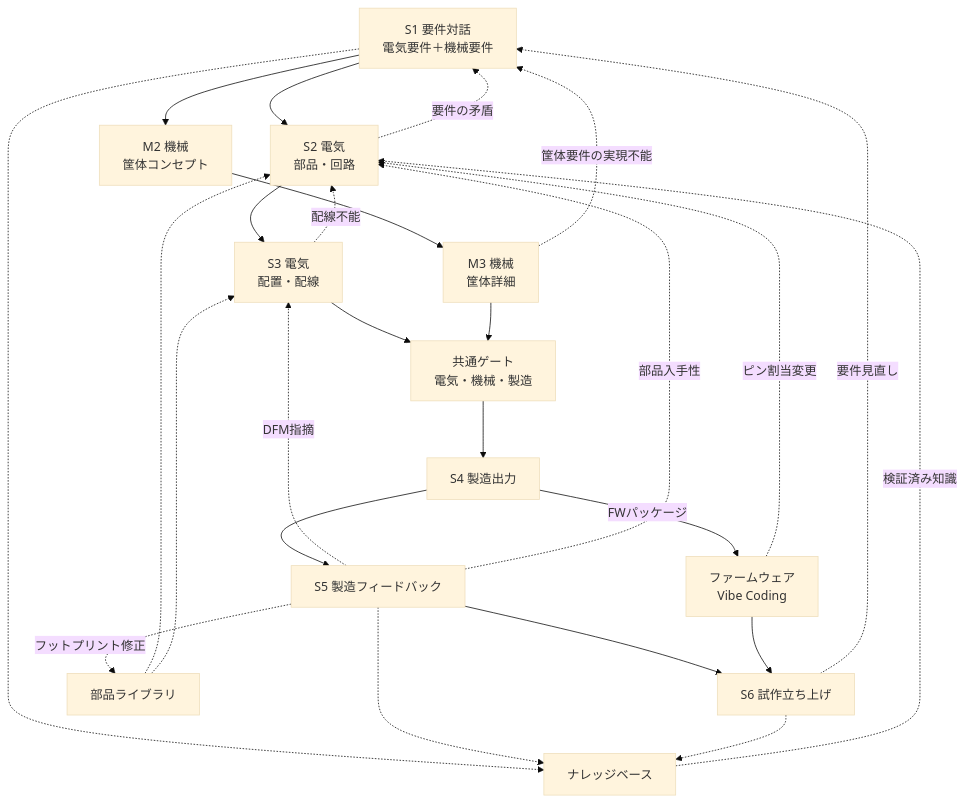
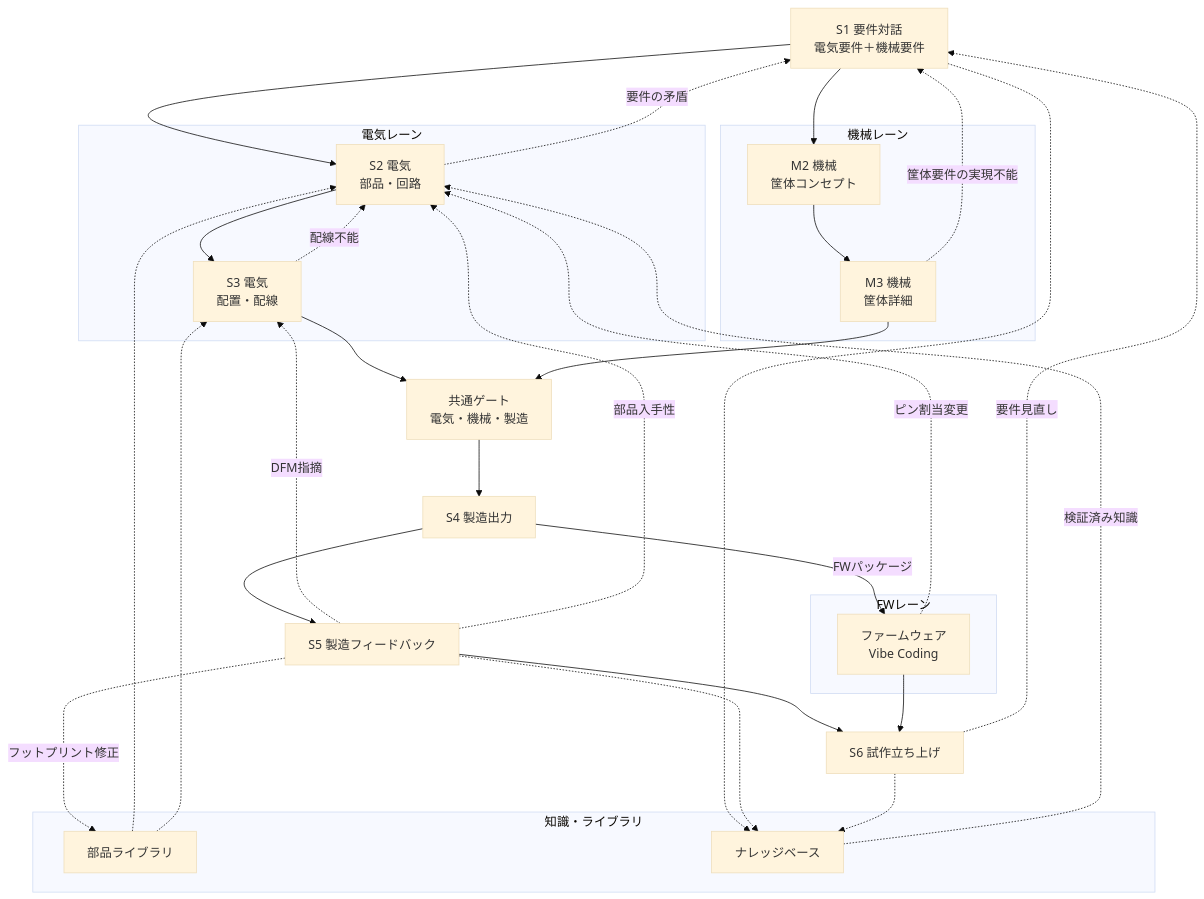
Before and after one commit to uist1idrju3i/acd-agent: the first of 2 diagrams in docs/design-flow.md, drawn with Mermaid (base theme). The commit also changed other lines of this file and 6 other files, not shown here.

````diff
--- a/docs/design-flow.md
+++ b/docs/design-flow.md
@@ -12,28 +12,44 @@
 ```mermaid
 flowchart TB
-    S1["S1 要件対話<br/>電気要件＋機械要件"] --> E2["S2 電気<br/>部品・回路"]
-    S1 --> M2["M2 機械<br/>筐体コンセプト"]
-    E2 --> E3["S3 電気<br/>配置・配線"]
-    M2 --> M3["M3 機械<br/>筐体詳細"]
+    S1["S1 要件対話<br/>電気要件＋機械要件"]
+    subgraph ELEC["電気レーン"]
+        E2["S2 電気<br/>部品・回路"]
+        E3["S3 電気<br/>配置・配線"]
+    end
+    subgraph MECH["機械レーン"]
+        M2["M2 機械<br/>筐体コンセプト"]
+        M3["M3 機械<br/>筐体詳細"]
+    end
+    subgraph FWLANE["FWレーン"]
+        FW["ファームウェア<br/>Vibe Coding"]
+    end
+    subgraph KNOW["知識・ライブラリ"]
+        LIB["部品ライブラリ"]
+        KB["ナレッジベース"]
+    end
+    S1 --> E2
+    S1 --> M2
+    E2 --> E3
+    M2 --> M3
     E3 --> G["共通ゲート<br/>電気・機械・製造"]
     M3 --> G
     G --> S4["S4 製造出力"]
     S4 --> S5["S5 製造フィードバック"]
     S5 --> S6["S6 試作立ち上げ"]
     S6 -.->|要件見直し| S1
-    S4 -->|FWパッケージ| FW["ファームウェア<br/>Vibe Coding"]
+    S4 -->|FWパッケージ| FW
     FW --> S6
-    LIB["部品ライブラリ"] -.-> E2
+    LIB -.-> E2
     LIB -.-> E3
     E2 -.->|要件の矛盾| S1
     E3 -.->|配線不能| E2
     M3 -.->|筐体要件の実現不能| S1
     S5 -.->|DFM指摘| E3
     S5 -.->|部品入手性| E2
     S5 -.->|フットプリント修正| LIB
     FW -.->|ピン割当変更| E2
-    KB["ナレッジベース"] -.->|検証済み知識| E2
+    KB -.->|検証済み知識| E2
     S1 -.-> KB
     S5 -.-> KB
     S6 -.-> KB
 ```
````
